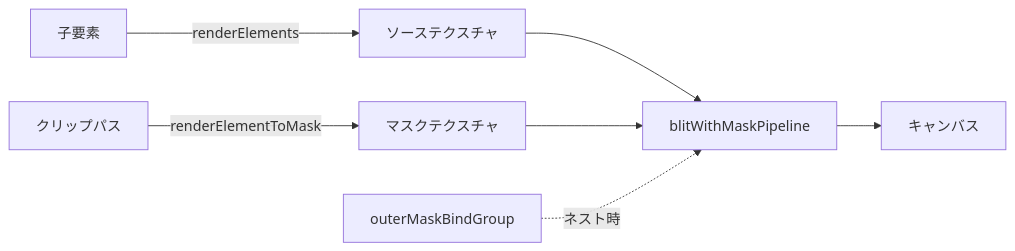
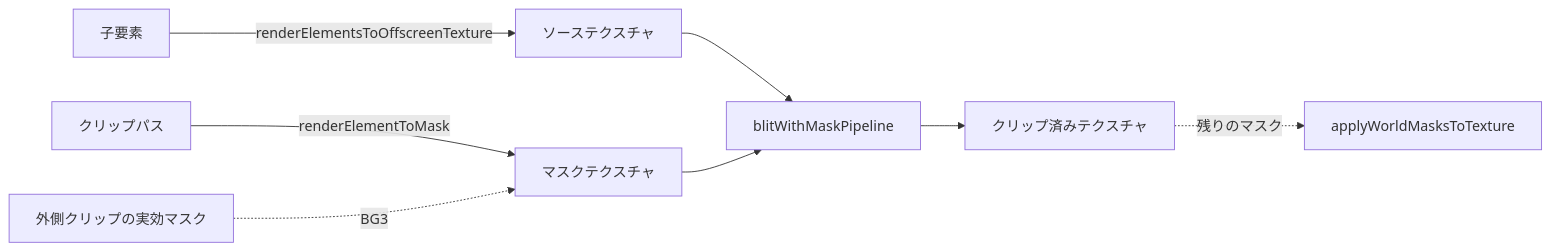
One commit to hanakla/paplico changed the second of 2 diagrams in pkgs/web/src/app/devdocs/renderer/clipping/page.mdx. Above: the diagram before and after it, drawn with Mermaid. The commit also changed other lines of this file and 37 other files, not shown here.

````diff
--- a/pkgs/web/src/app/devdocs/renderer/clipping/page.mdx
+++ b/pkgs/web/src/app/devdocs/renderer/clipping/page.mdx
@@ -157,9 +264,10 @@
 ```mermaid
 flowchart LR
-    S[子要素] -->|renderElements| T1[ソーステクスチャ]
+    S[子要素] -->|renderElementsToOffscreenTexture| T1[ソーステクスチャ]
     CP[クリップパス] -->|renderElementToMask| T2[マスクテクスチャ]
+    PM[外側クリップの実効マスク] -.->|BG3| T2
     T1 --> BM[blitWithMaskPipeline]
     T2 --> BM
-    OM[outerMaskBindGroup] -.->|ネスト時| BM
-    BM --> C[キャンバス]
+    BM --> T3[クリップ済みテクスチャ]
+    T3 -.->|"残りのマスク"| WM[applyWorldMasksToTexture]
 ```
````
